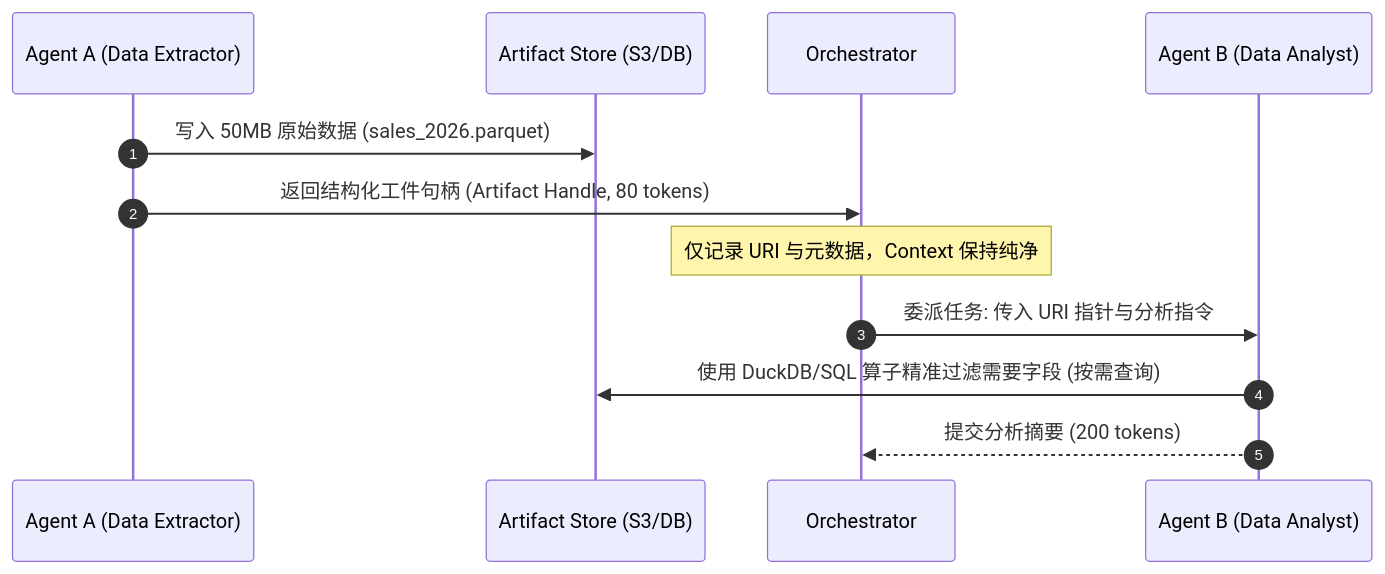
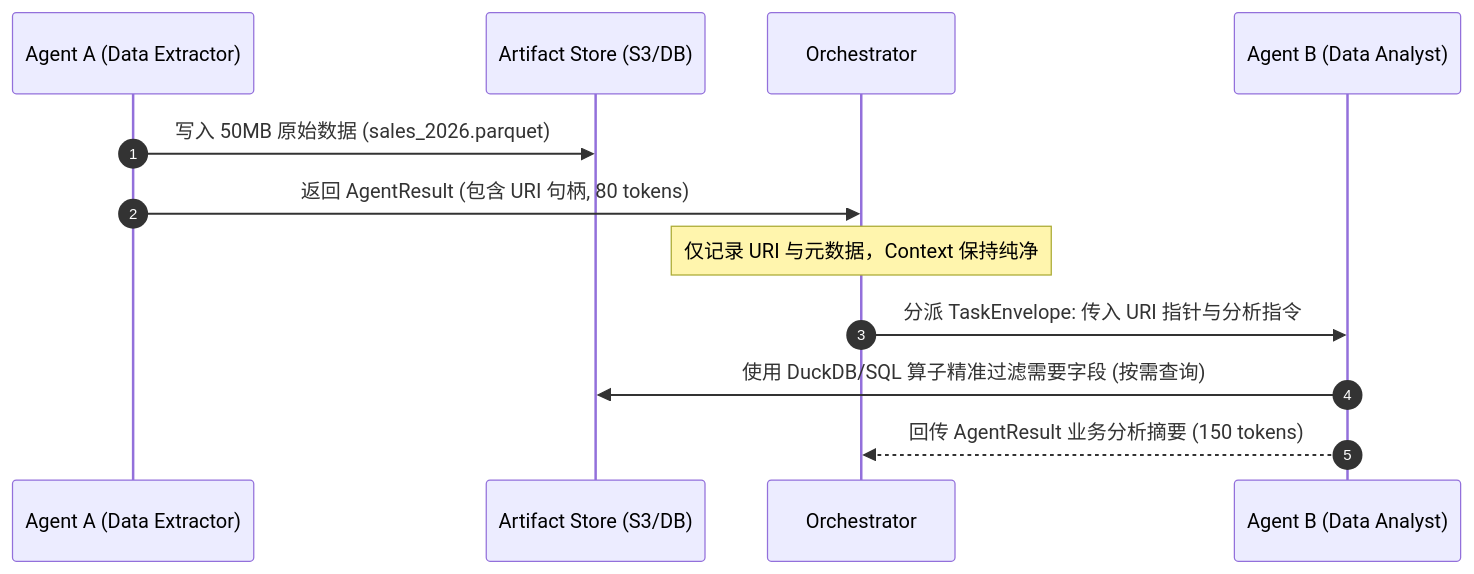
Before and after one commit to caiboyang/ML-learning: the seventh of 9 diagrams in multi-agent-systems/Multi_Agent_Systems_Research.md, drawn with Mermaid. The commit also changed other lines of this file and 1 other file, not shown here.

First line of the commit message:
Enhance Multi-Agent Systems notes and guide with PR #18 insights

````diff
--- a/multi-agent-systems/Multi_Agent_Systems_Research.md
+++ b/multi-agent-systems/Multi_Agent_Systems_Research.md
@@ -341,15 +394,15 @@
 ```mermaid
 sequenceDiagram
     autonumber
     participant A as Agent A (Data Extractor)
     participant Store as Artifact Store (S3/DB)
     participant Lead as Orchestrator
     participant B as Agent B (Data Analyst)
 
     A->>Store: 写入 50MB 原始数据 (sales_2026.parquet)
-    A->>Lead: 返回结构化工件句柄 (Artifact Handle, 80 tokens)
+    A->>Lead: 返回 AgentResult (包含 URI 句柄, 80 tokens)
     Note over Lead: 仅记录 URI 与元数据，Context 保持纯净
-    Lead->>B: 委派任务: 传入 URI 指针与分析指令
+    Lead->>B: 分派 TaskEnvelope: 传入 URI 指针与分析指令
     B->>Store: 使用 DuckDB/SQL 算子精准过滤需要字段 (按需查询)
-    B-->>Lead: 提交分析摘要 (200 tokens)
+    B-->>Lead: 回传 AgentResult 业务分析摘要 (150 tokens)
 ```
````
